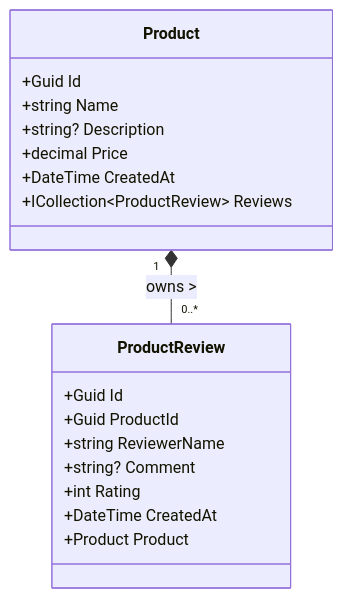
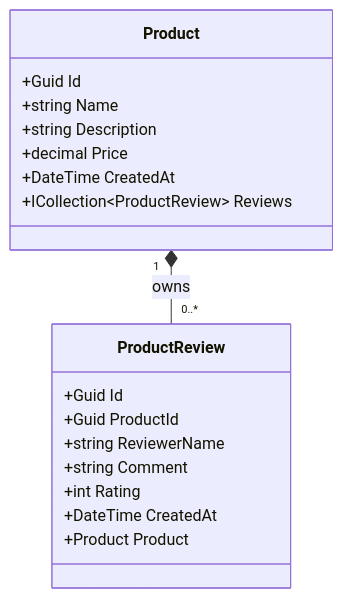
The second of 2 diagrams in README.md (zribktad/API-Template), drawn with Mermaid before and after one commit. The commit also changed 1 other file, not shown here.

Commit message:
Fix formatting in README.md and Program.cs for improved readability

````diff
--- a/README.md
+++ b/README.md
@@ -92,23 +92,23 @@
 ```mermaid
 classDiagram
     class Product {
         +Guid Id
         +string Name
-        +string? Description
+        +string Description
         +decimal Price
         +DateTime CreatedAt
         +ICollection~ProductReview~ Reviews
     }
 
     class ProductReview {
         +Guid Id
         +Guid ProductId
         +string ReviewerName
-        +string? Comment
+        +string Comment
         +int Rating
         +DateTime CreatedAt
         +Product Product
     }
 
-    Product "1" *-- "0..*" ProductReview : owns >
+    Product "1" *-- "0..*" ProductReview : owns
 ```
````
